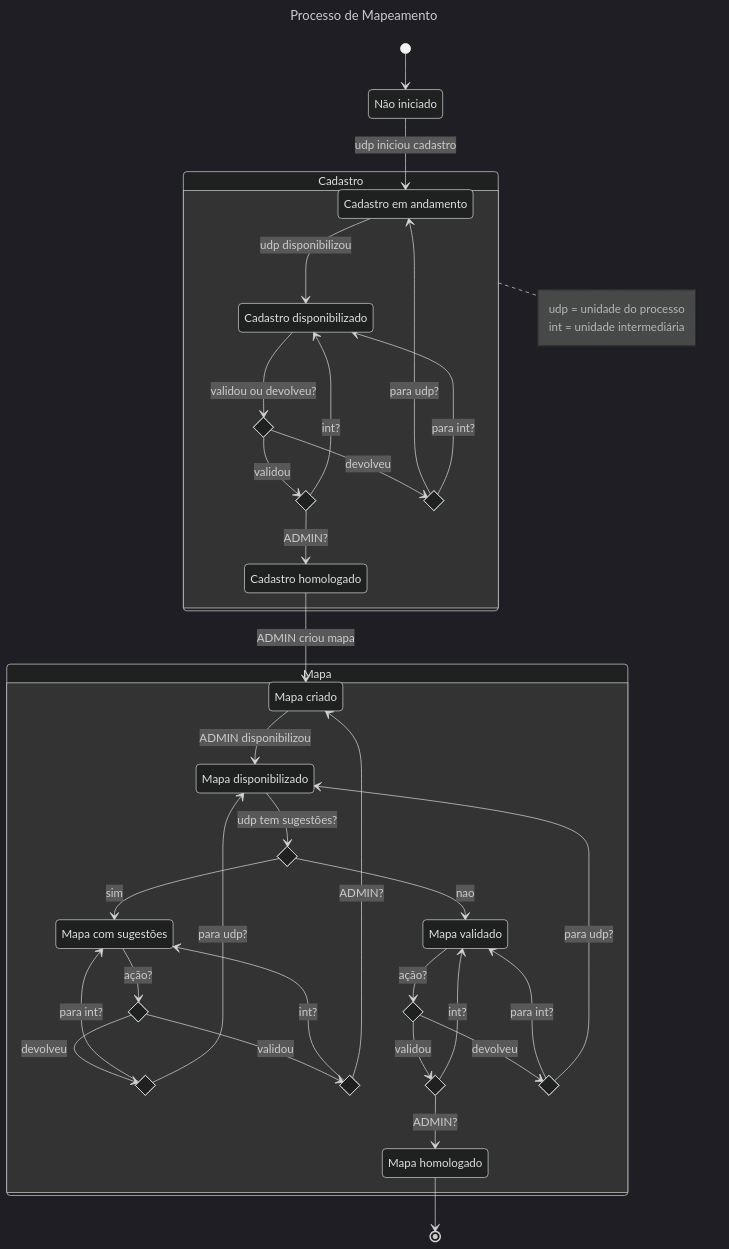
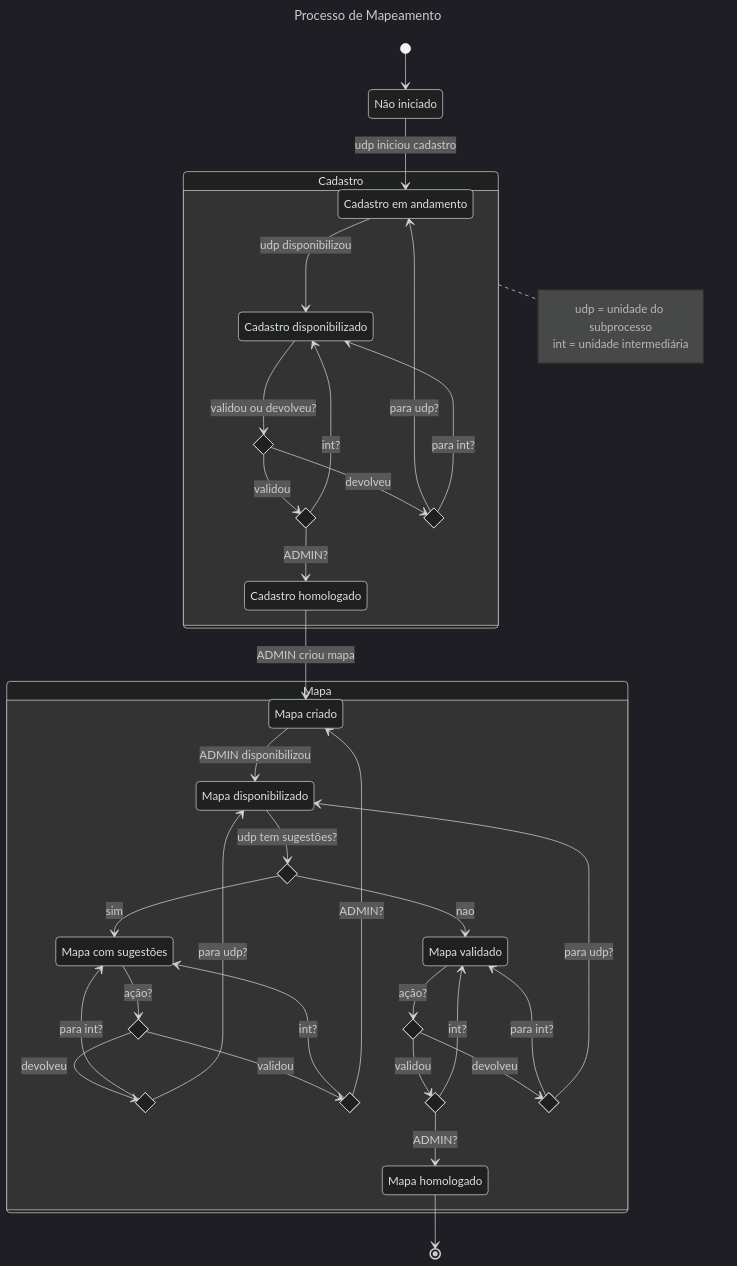
The first of 2 diagrams in etc/reqs/_intro.md (lgalvao/sgc), drawn with Mermaid (dark theme) before and after one commit. The commit also changed 154 other files, not shown here.

```diff
--- a/etc/reqs/_intro.md
+++ b/etc/reqs/_intro.md
@@ -85,7 +85,7 @@
     NaoIniciado --> CadastroEmAndamento: udp iniciou cadastro
 
     note right of Cadastro
-        udp = unidade do processo
+        udp = unidade do subprocesso
         int = unidade intermediária
     end note
 
```
